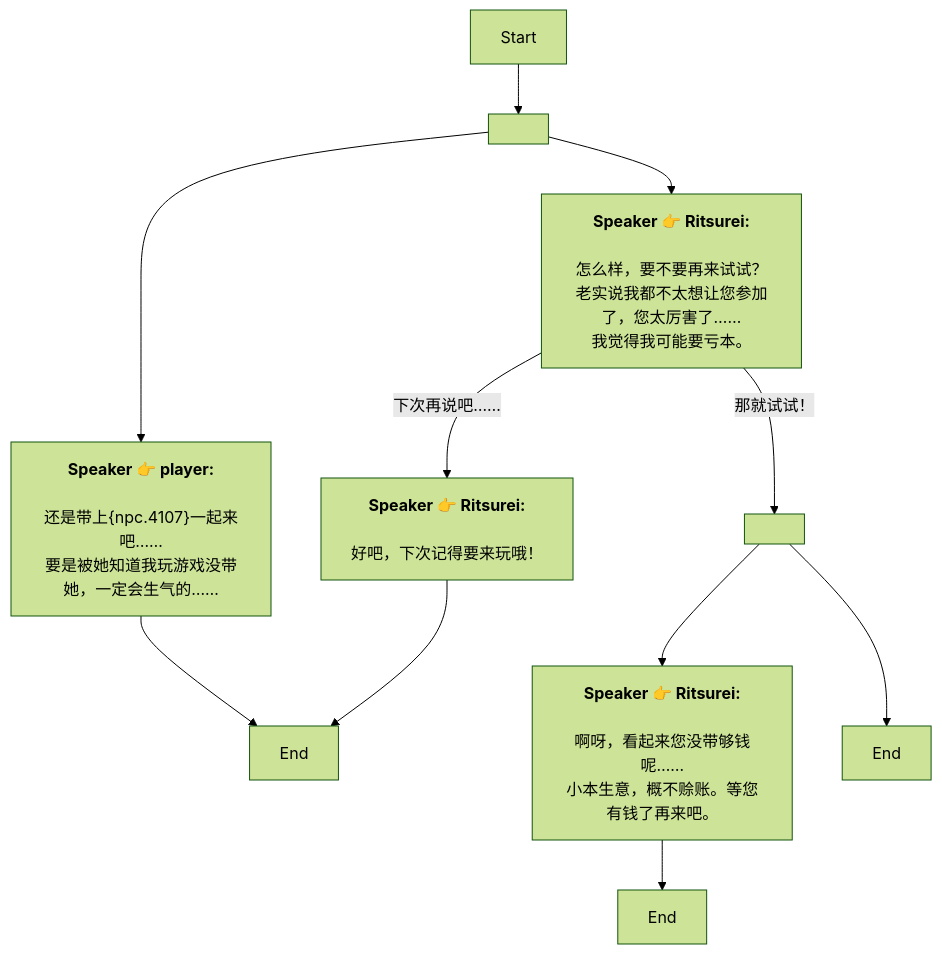
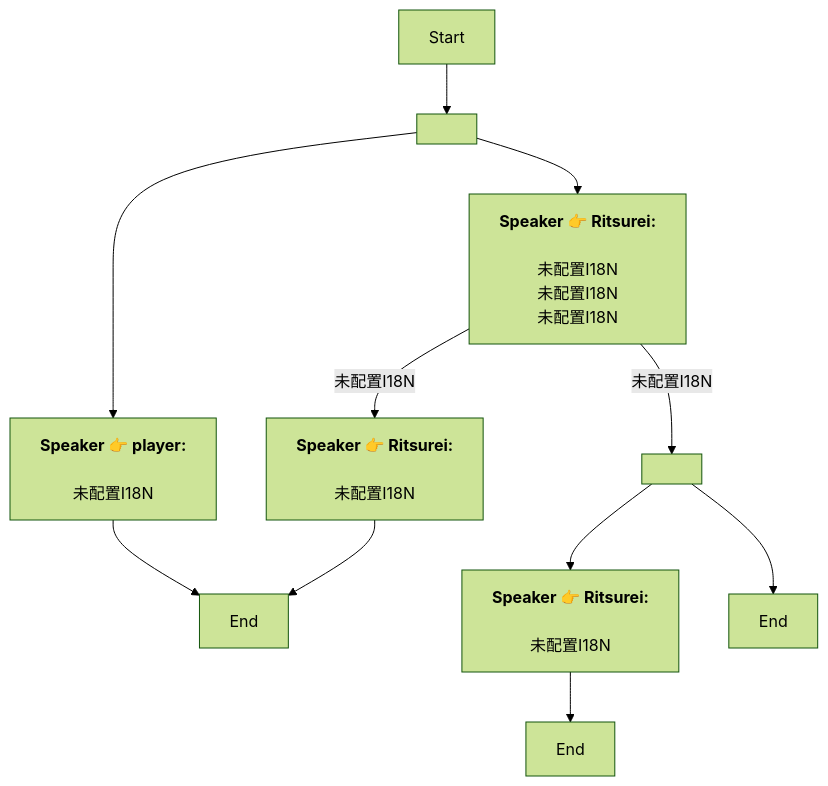
Before and after one commit to SoftHu/tos_avg: the diagram in Zh/QuestTalkObjectiveNode_1739410552888537.md, drawn with Mermaid (forest theme). The commit also changed 730 other files, not shown here.

````diff
--- a/Zh/QuestTalkObjectiveNode_1739410552888537.md
+++ b/Zh/QuestTalkObjectiveNode_1739410552888537.md
@@ -1,20 +1,18 @@
 ```mermaid
 graph
 Start -->1739504933044473[ ]
 1739504933044473 -->1739410623403237[<b>Speaker 👉 Ritsurei:</b>
-\n怎么样，要不要再来试试？\n老实说我都不太想让您参加了，您太厉害了……\n我觉得我可能要亏本。]
+\n未配置I18N\n未配置I18N\n未配置I18N]
 1739504933044473 -->1739504933044474[<b>Speaker 👉 player:</b>
-\n还是带上&lbrace;npc.4107&rbrace;一起来吧……
-要是被她知道我玩游戏没带她，一定会生气的……]
+\n未配置I18N]
 1739504933044474 -->1739410623404265[End]
-1739410623403237 -->|下次再说吧……|1739505152025853[<b>Speaker 👉 Ritsurei:</b>
-\n好吧，下次记得要来玩哦！]
-1739410623403237 -->|那就试试！|1739410623404266[ ]
+1739410623403237 -->|未配置I18N|1739505152025853[<b>Speaker 👉 Ritsurei:</b>
+\n未配置I18N]
+1739410623403237 -->|未配置I18N|1739410623404266[ ]
 1739410623404266 -->1739410623405292[<b>Speaker 👉 Ritsurei:</b>
-\n啊呀，看起来您没带够钱呢……
-小本生意，概不赊账。等您有钱了再来吧。]
+\n未配置I18N]
 1739410623404266 -->1739410623404267[End]
 1739410623405292 -->1739410623405293[End]
 1739505152025853 -->1739410623404265[End]
 
 ```
````
